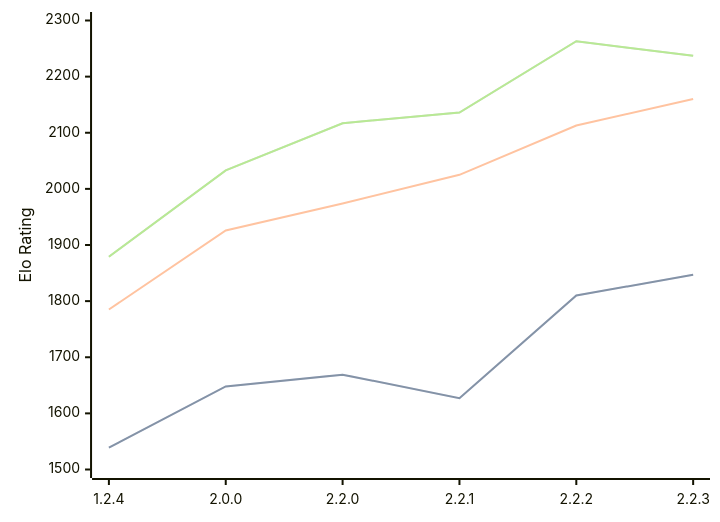
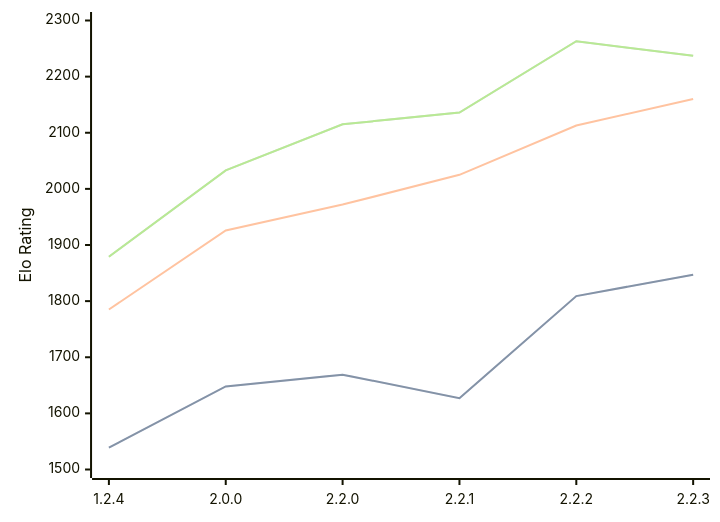
One commit to computer-chess-index/cci changed the diagram in engines/Kreveta.md. Above: the diagram before and after it, drawn with Mermaid. The commit also changed other lines of this file, not shown here.

Commit message:
Update CCI Ratings (ELO VLTC) - 2026-02-14

````diff
--- a/engines/Kreveta.md
+++ b/engines/Kreveta.md
@@ -36,11 +36,11 @@
 ```mermaid
 %%{init: {"theme":"base","themeVariables":{"seriesColors:['#a3a3a3','#222221','#faa371']}}}%%
 xychart-beta
   x-axis ["1.2.4", "2.0.0", "2.2.0", "2.2.1", "2.2.2", "2.2.3"]
   y-axis "Elo Rating" 1500 --> 2300
-  line "STC (8.0+0.08s)" [1539, 1648, 1669, 1627, 1810, 1847]
-  line "STC (8.0+0.08s)" [1539, 1648, 1669, 1627, 1810, 1847]
-  line "LTC (60.0+0.60s)" [1785, 1926, 1974, 2025, 2113, 2160]
-  line "VLTC (2m24s+1.12s)" [1879, 2033, 2117, 2136, 2263, 2237]
-  line "VLTC (2m24s+1.12s)" [1879, 2033, 2117, 2136, 2263, 2237]
+  line "STC (8.0+0.08s)" [1539, 1648, 1669, 1627, 1809, 1847]
+  line "STC (8.0+0.08s)" [1539, 1648, 1669, 1627, 1809, 1847]
+  line "LTC (60.0+0.60s)" [1785, 1926, 1972, 2025, 2113, 2160]
+  line "VLTC (2m24s+1.12s)" [1879, 2033, 2115, 2136, 2263, 2237]
+  line "VLTC (2m24s+1.12s)" [1879, 2033, 2115, 2136, 2263, 2237]
 ```
````
